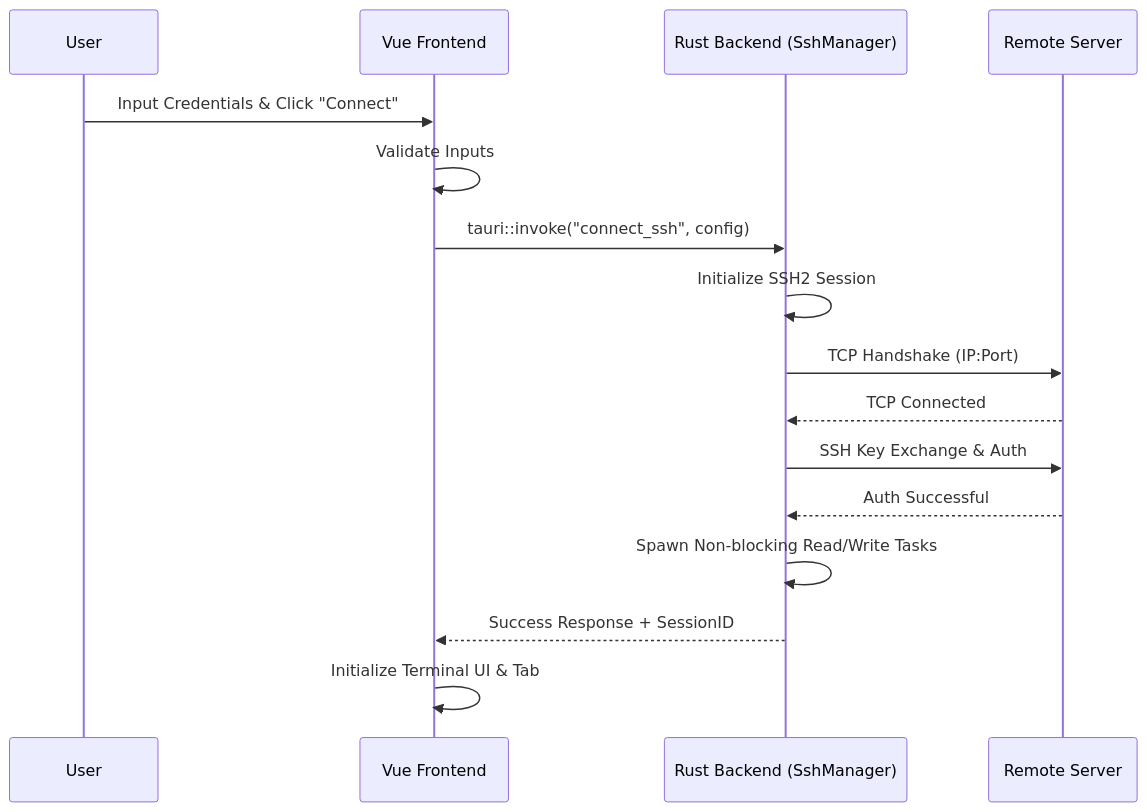
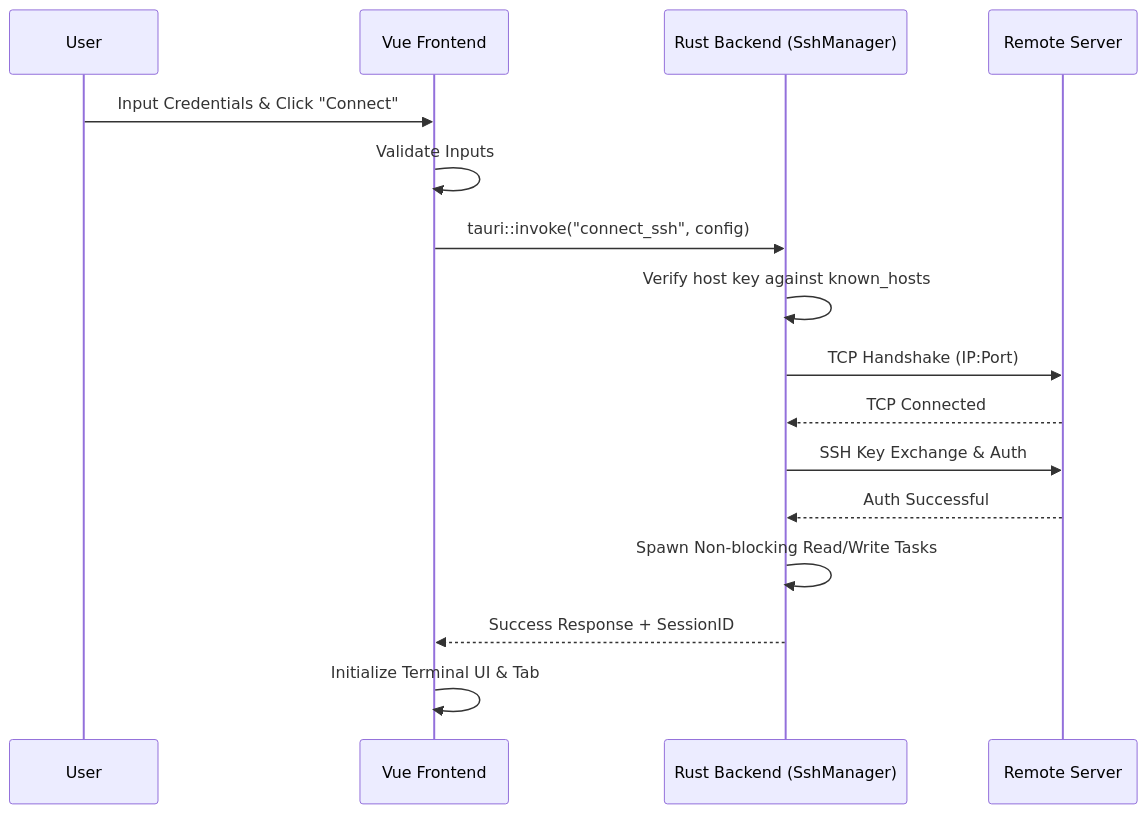
Before and after one commit to chengvar-glitch/nexashell: the second of 3 diagrams in README.md, drawn with Mermaid. The commit also changed other lines of this file and 2 other files, not shown here.

````diff
--- a/README.md
+++ b/README.md
@@ -99,19 +121,19 @@
 ```mermaid
 sequenceDiagram
     participant U as User
     participant F as Vue Frontend
     participant B as Rust Backend (SshManager)
     participant S as Remote Server
 
     U->>F: Input Credentials & Click "Connect"
     F->>F: Validate Inputs
     F->>B: tauri::invoke("connect_ssh", config)
-    B->>B: Initialize SSH2 Session
+    B->>B: Verify host key against known_hosts
     B->>S: TCP Handshake (IP:Port)
     S-->>B: TCP Connected
     B->>S: SSH Key Exchange & Auth
     S-->>B: Auth Successful
     B->>B: Spawn Non-blocking Read/Write Tasks
     B-->>F: Success Response + SessionID
     F->>F: Initialize Terminal UI & Tab
 ```
````
